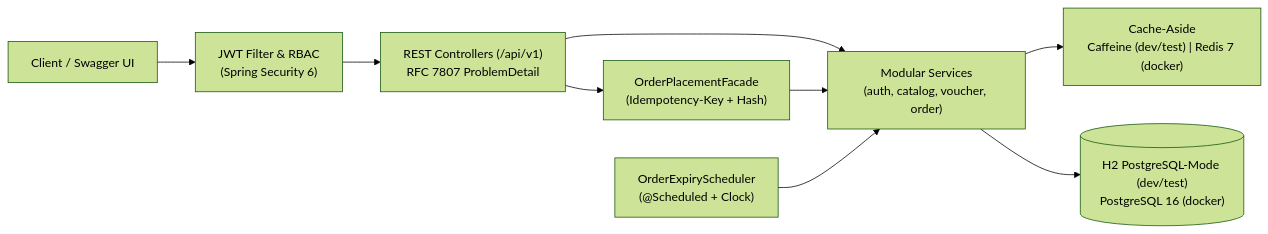
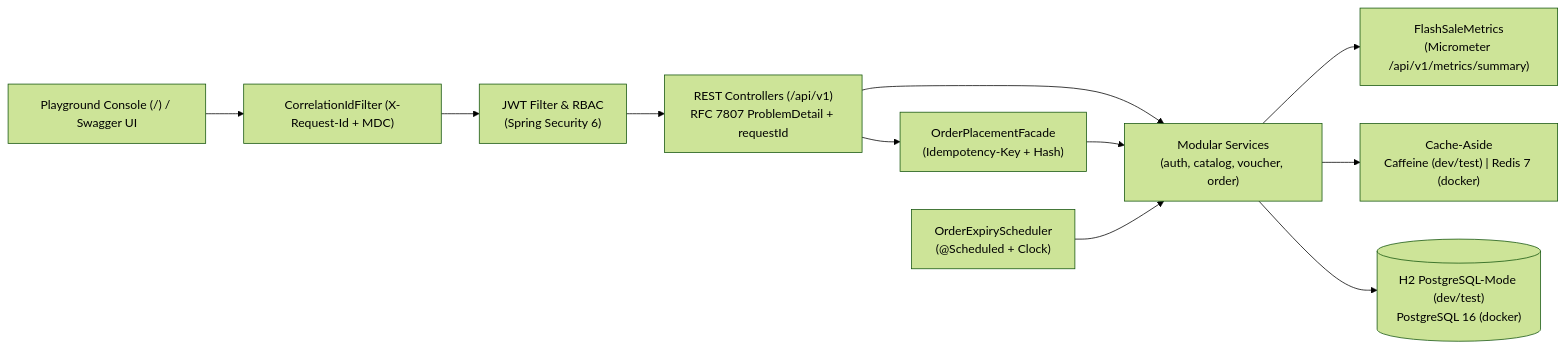
Before and after one commit to bachiep/flashsale-order-inventory-api: the first of 2 diagrams in README.md, drawn with Mermaid (forest theme). The commit also changed other lines of this file and 29 other files, not shown here.

Commit message:
feat(v2): add concurrency console, Micrometer metrics, X-Request-Id tracing, and load benchmark (#18)

````diff
--- a/README.md
+++ b/README.md
@@ -27,11 +27,13 @@
 ```mermaid
 flowchart LR
-    Client["Client / Swagger UI"] --> Security["JWT Filter & RBAC<br/>(Spring Security 6)"]
-    Security --> Controllers["REST Controllers (/api/v1)<br/>RFC 7807 ProblemDetail"]
+    Client["Playground Console (/) / Swagger UI"] --> Filter["CorrelationIdFilter (X-Request-Id + MDC)"]
+    Filter --> Security["JWT Filter & RBAC<br/>(Spring Security 6)"]
+    Security --> Controllers["REST Controllers (/api/v1)<br/>RFC 7807 ProblemDetail + requestId"]
     Controllers --> Facade["OrderPlacementFacade<br/>(Idempotency-Key + Hash)"]
     Controllers --> Services["Modular Services<br/>(auth, catalog, voucher, order)"]
     Facade --> Services
+    Services --> Metrics["FlashSaleMetrics<br/>(Micrometer /api/v1/metrics/summary)"]
     Services --> Cache["Cache-Aside<br/>Caffeine (dev/test) | Redis 7 (docker)"]
     Services --> DB[("H2 PostgreSQL-Mode (dev/test)<br/>PostgreSQL 16 (docker)")]
     Scheduler["OrderExpiryScheduler<br/>(@Scheduled + Clock)"] --> Services
 ```
````
